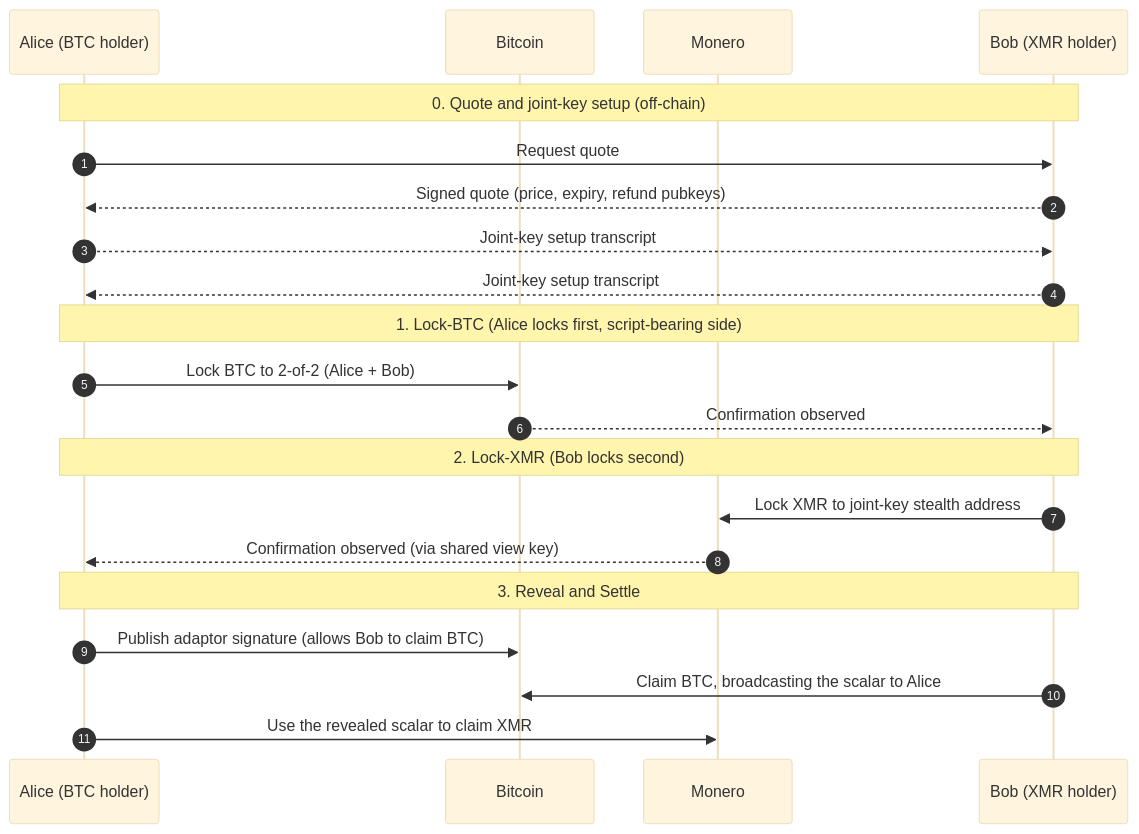
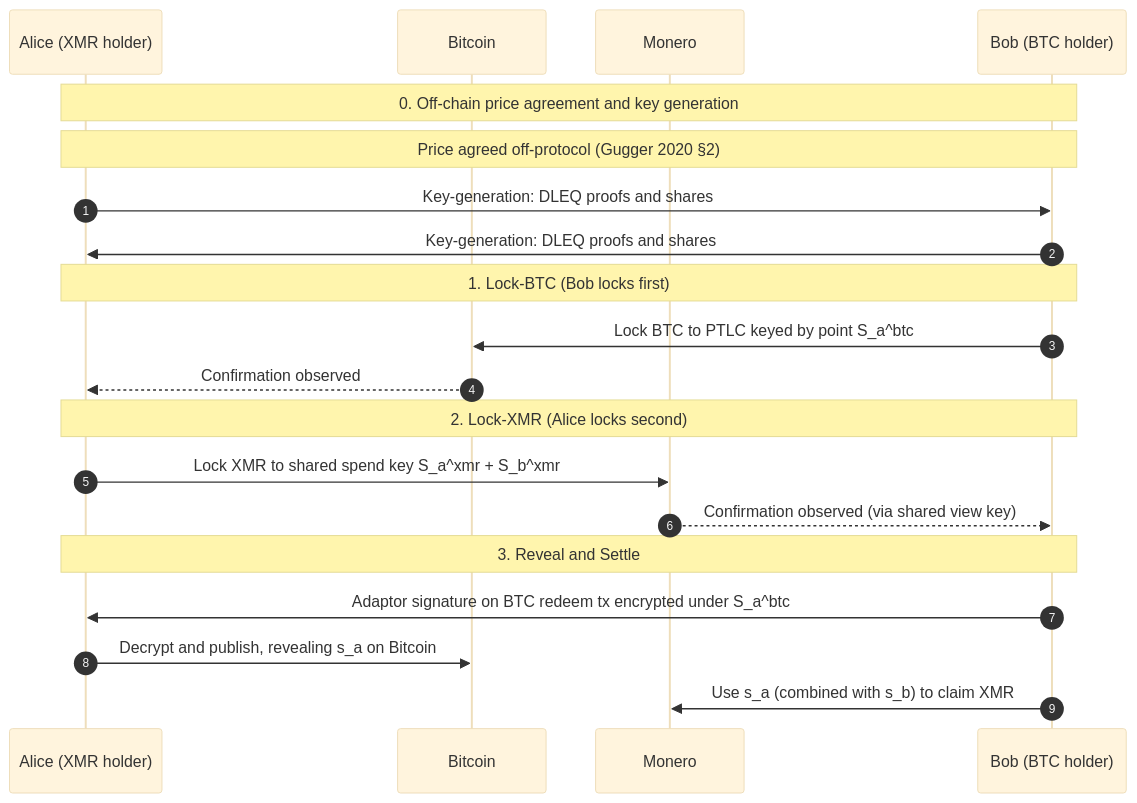
One commit to logos-co/rfp changed the diagram in appendix/atomic-swaps-primer.md. Above: the diagram before and after it, drawn with Mermaid (base theme). The commit also changed other lines of this file and 3 other files, not shown here.

````diff
--- a/appendix/atomic-swaps-primer.md
+++ b/appendix/atomic-swaps-primer.md
@@ -52,27 +67,26 @@
 ```mermaid
 sequenceDiagram
     autonumber
-    participant A as Alice (BTC holder)
+    participant A as Alice (XMR holder)
     participant BTC as Bitcoin
     participant XMR as Monero
-    participant B as Bob (XMR holder)
+    participant B as Bob (BTC holder)
 
-    Note over A,B: 0. Quote and joint-key setup (off-chain)
-    A->>B: Request quote
-    B-->>A: Signed quote (price, expiry, refund pubkeys)
-    A-->>B: Joint-key setup transcript
-    B-->>A: Joint-key setup transcript
+    Note over A,B: 0. Off-chain price agreement and key generation
+    Note over A,B: Price agreed off-protocol (Gugger 2020 §2)
+    A->>B: Key-generation: DLEQ proofs and shares
+    B->>A: Key-generation: DLEQ proofs and shares
 
-    Note over A,B: 1. Lock-BTC (Alice locks first, script-bearing side)
-    A->>BTC: Lock BTC to 2-of-2 (Alice + Bob)
-    BTC-->>B: Confirmation observed
+    Note over A,B: 1. Lock-BTC (Bob locks first)
+    B->>BTC: Lock BTC to PTLC keyed by point S_a^btc
+    BTC-->>A: Confirmation observed
 
-    Note over A,B: 2. Lock-XMR (Bob locks second)
-    B->>XMR: Lock XMR to joint-key stealth address
-    XMR-->>A: Confirmation observed (via shared view key)
+    Note over A,B: 2. Lock-XMR (Alice locks second)
+    A->>XMR: Lock XMR to shared spend key S_a^xmr + S_b^xmr
+    XMR-->>B: Confirmation observed (via shared view key)
 
     Note over A,B: 3. Reveal and Settle
-    A->>BTC: Publish adaptor signature (allows Bob to claim BTC)
-    B->>BTC: Claim BTC, broadcasting the scalar to Alice
-    A->>XMR: Use the revealed scalar to claim XMR
+    B->>A: Adaptor signature on BTC redeem tx encrypted under S_a^btc
+    A->>BTC: Decrypt and publish, revealing s_a on Bitcoin
+    B->>XMR: Use s_a (combined with s_b) to claim XMR
 ```
````
